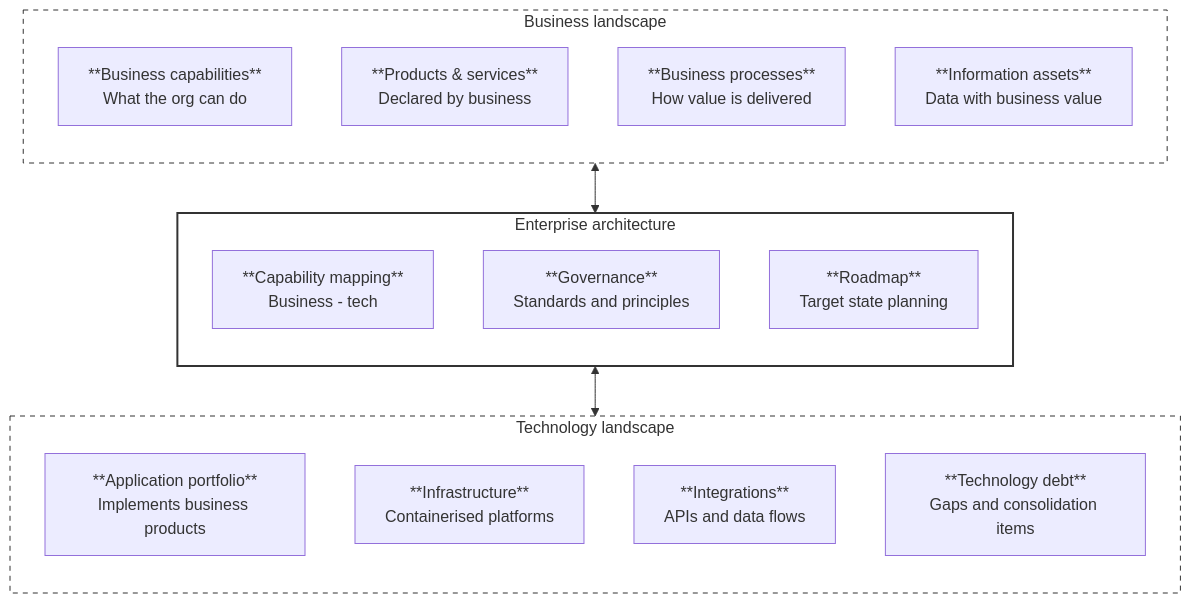
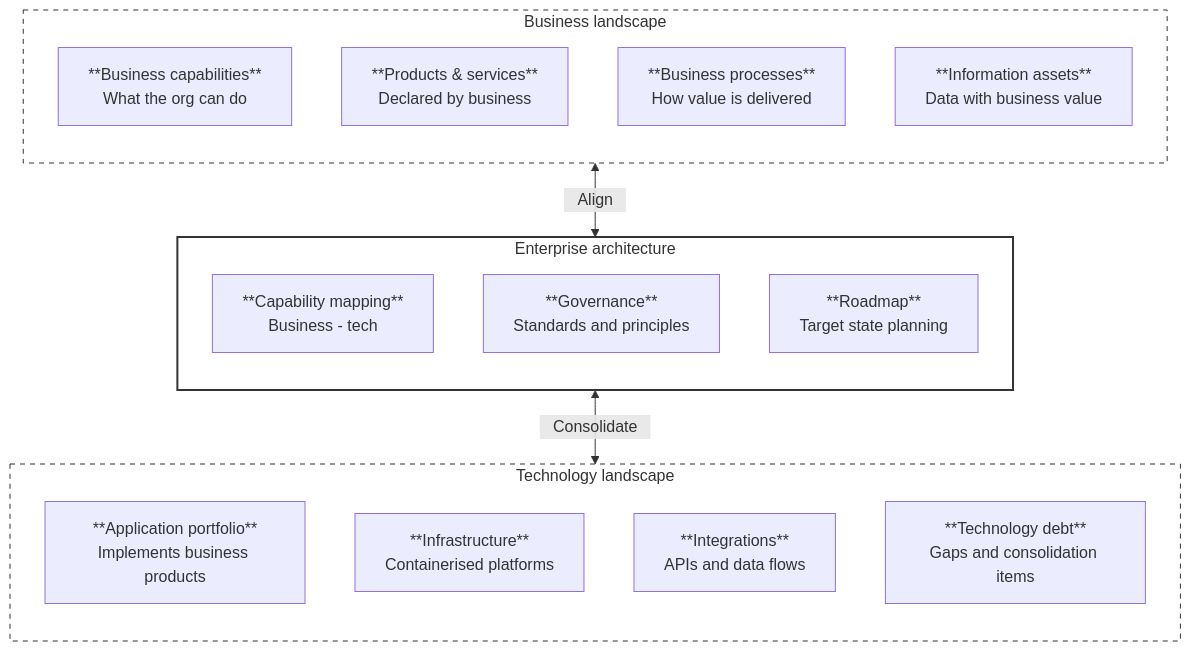
The diagram in content/kb/business-technology-landscapes/index.md (DBJARH/DBJ_ICEBERG), drawn with Mermaid before and after one commit. The commit also changed other lines of this file, not shown here.

````diff
--- a/content/kb/business-technology-landscapes/index.md
+++ b/content/kb/business-technology-landscapes/index.md
@@ -13,44 +31,44 @@
 ```mermaid
 graph TD
     subgraph Business ["Business landscape"]
         direction TB
         BC["**Business capabilities**<br/>What the org can do"]
         PS["**Products & services**<br/>Declared by business"]
         BP["**Business processes**<br/>How value is delivered"]
         IA["**Information assets**<br/>Data with business value"]
     end
 
     subgraph EA ["Enterprise architecture"]
         direction TB
         CM["**Capability mapping**<br/>Business - tech"]
         GOV["**Governance**<br/>Standards and principles"]
         RM["**Roadmap**<br/>Target state planning"]
     end
 
     subgraph Tech ["Technology landscape"]
         direction TB
         AP["**Application portfolio**<br/>Implements business products"]
         INF["**Infrastructure**<br/>Containerised platforms"]
         INT["**Integrations**<br/>APIs and data flows"]
         TD["**Technology debt**<br/>Gaps and consolidation items"]
     end
 
-    Business <--> EA
-    EA <--> Tech
+    Business <-->|&nbsp;&nbsp;&nbsp;Align&nbsp;&nbsp;&nbsp;| EA
+    EA <--> |&nbsp;&nbsp;&nbsp;Consolidate&nbsp;&nbsp;&nbsp;| Tech
 
     style Business fill:none,stroke:#333,stroke-dasharray: 5 5
     style Tech fill:none,stroke:#333,stroke-dasharray: 5 5
     style EA fill:none,stroke:#333,stroke-width:2px
 
     click BC "#business-capabilities" "Business Capabilities"
     click PS "#products-and-services" "Products & Services"
     click BP "#business-processes" "Business Processes"
     click IA "#information-assets" "Information Assets"
     click AP "#application-portfolio" "Application Portfolio"
     click INF "#infrastructure" "Infrastructure"
     click INT "#integrations" "Integrations"
     click TD "#technology-debt" "Technology Debt"
     click CM "#capability-mapping" "Capability Mapping"
     click GOV "#governance" "Governance"
     click RM "#roadmap" "Roadmap"
 ```
````
